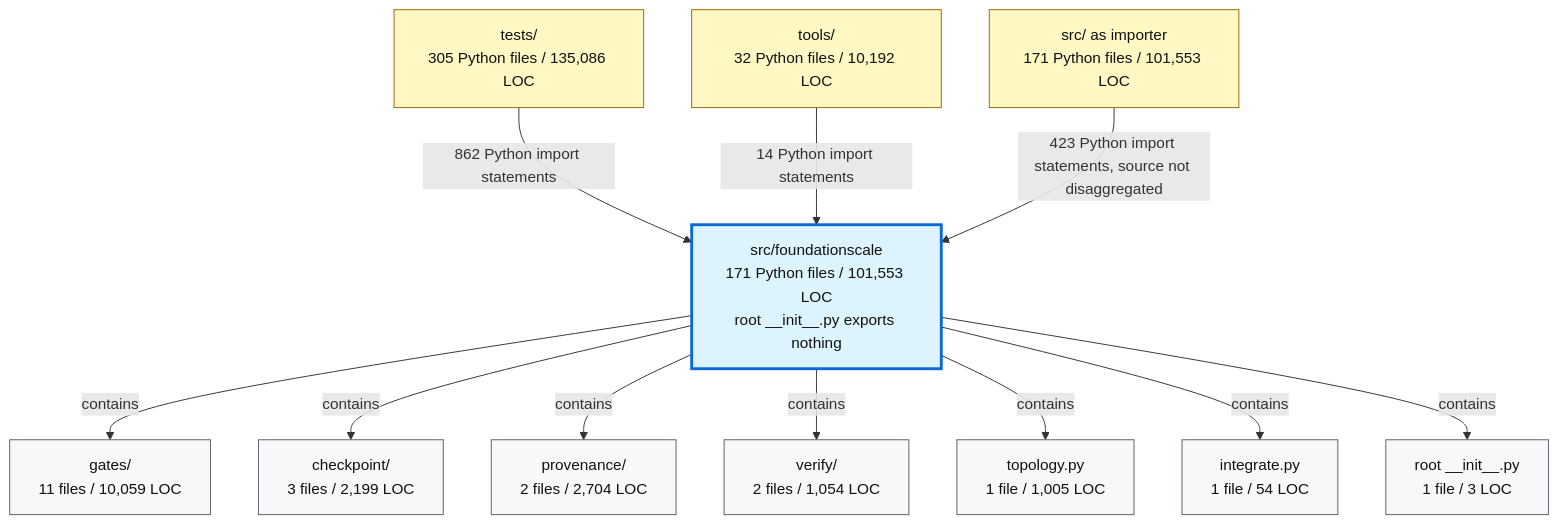
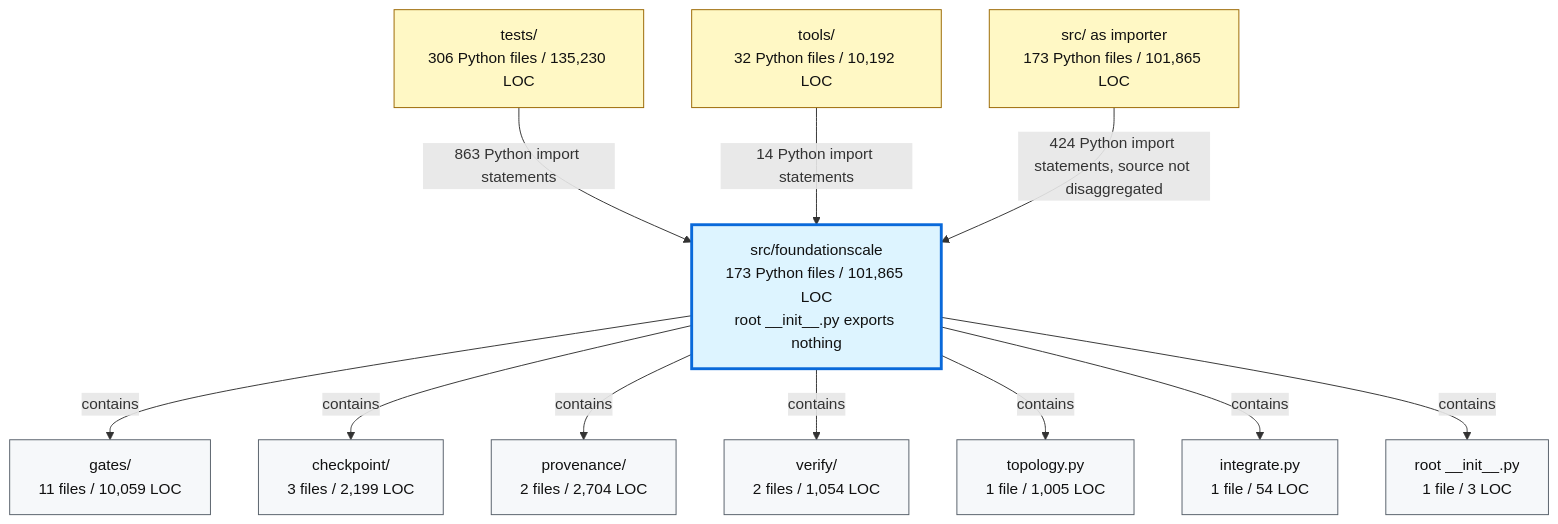
One commit to TranNhiem/FoundationScale changed the second of 2 diagrams in docs/review/D2_current_architecture.md. Above: the diagram before and after it, drawn with Mermaid. The commit also changed other lines of this file and 10 other files, not shown here.

````diff
--- a/docs/review/D2_current_architecture.md
+++ b/docs/review/D2_current_architecture.md
@@ -97,36 +97,36 @@
 ```mermaid
 flowchart TB
-  TESTS["tests/<br/>305 Python files / 135,086 LOC"]
+  TESTS["tests/<br/>306 Python files / 135,230 LOC"]
   TOOLS["tools/<br/>32 Python files / 10,192 LOC"]
-  SRC["src/ as importer<br/>171 Python files / 101,553 LOC"]
+  SRC["src/ as importer<br/>173 Python files / 101,865 LOC"]
 
-  FS["src/foundationscale<br/>171 Python files / 101,553 LOC<br/>root __init__.py exports nothing"]
+  FS["src/foundationscale<br/>173 Python files / 101,865 LOC<br/>root __init__.py exports nothing"]
 
   GATES["gates/<br/>11 files / 10,059 LOC"]
   CKPT["checkpoint/<br/>3 files / 2,199 LOC"]
   PROV["provenance/<br/>2 files / 2,704 LOC"]
   VERIFY["verify/<br/>2 files / 1,054 LOC"]
   TOPO["topology.py<br/>1 file / 1,005 LOC"]
   INTEG["integrate.py<br/>1 file / 54 LOC"]
   ROOT["root __init__.py<br/>1 file / 3 LOC"]
 
-  TESTS -->|"862 Python import statements"| FS
+  TESTS -->|"863 Python import statements"| FS
   TOOLS -->|"14 Python import statements"| FS
-  SRC -->|"423 Python import statements, source not disaggregated"| FS
+  SRC -->|"424 Python import statements, source not disaggregated"| FS
 
   FS -->|"contains"| GATES
   FS -->|"contains"| CKPT
   FS -->|"contains"| PROV
   FS -->|"contains"| VERIFY
   FS -->|"contains"| TOPO
   FS -->|"contains"| INTEG
   FS -->|"contains"| ROOT
 
   classDef consumer fill:#fff8c5,stroke:#9a6700,color:#111;
   classDef package fill:#ddf4ff,stroke:#0969da,stroke-width:3px,color:#111;
   classDef module fill:#f6f8fa,stroke:#57606a,color:#111;
 
   class TESTS,TOOLS,SRC consumer;
   class FS package;
   class GATES,CKPT,PROV,VERIFY,TOPO,INTEG,ROOT module;
 ```
````
